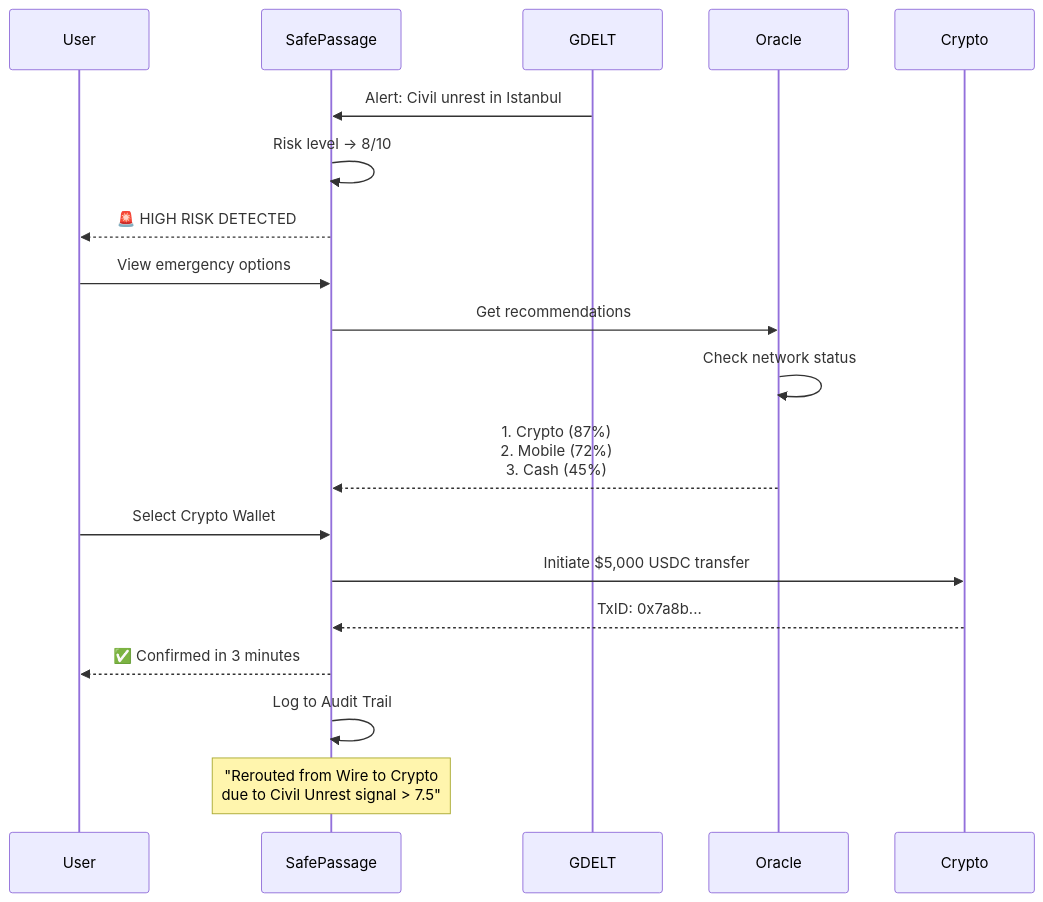
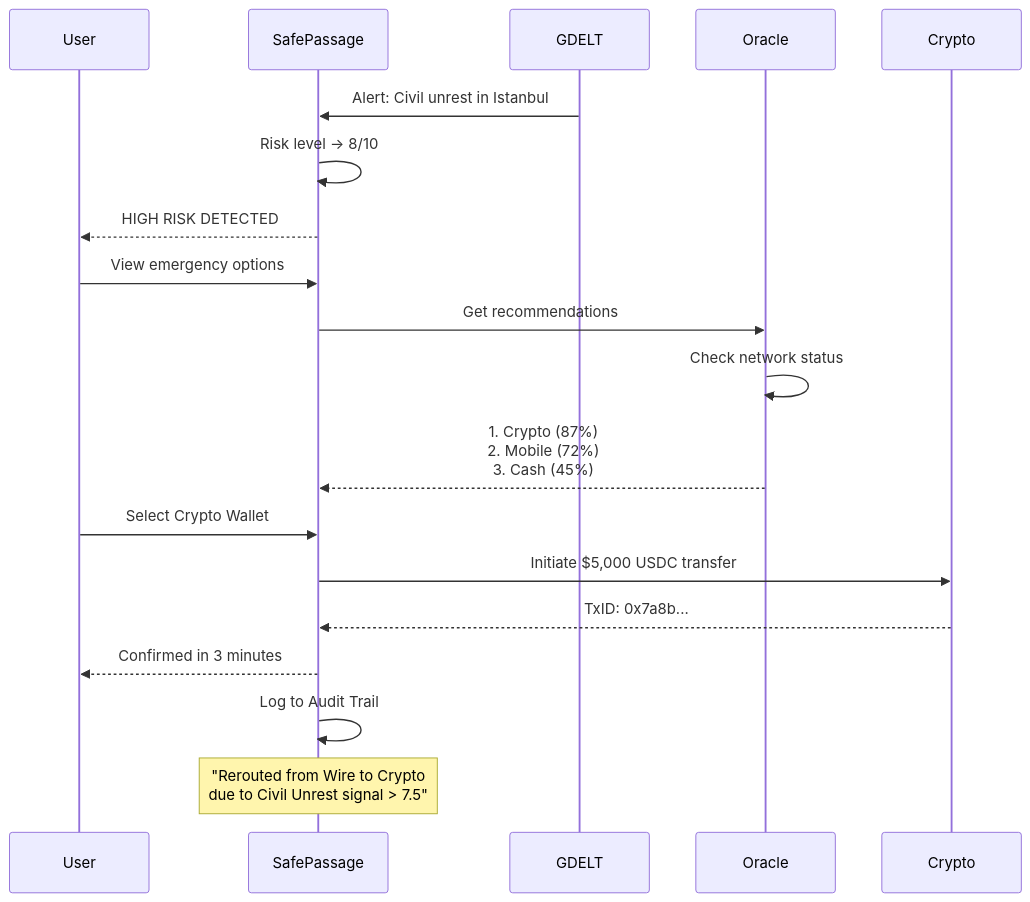
One commit to ankitlade12/SafePassage changed the third of 3 diagrams in README.md. Above: the diagram before and after it, drawn with Mermaid. The commit also changed other lines of this file, not shown here.

````diff
--- a/README.md
+++ b/README.md
@@ -331,25 +331,25 @@
 ```mermaid
 sequenceDiagram
     participant User
     participant SafePassage
     participant GDELT
     participant Oracle
     participant Crypto
     
     GDELT->>SafePassage: Alert: Civil unrest in Istanbul
     SafePassage->>SafePassage: Risk level → 8/10
-    SafePassage-->>User: 🚨 HIGH RISK DETECTED
+    SafePassage-->>User: HIGH RISK DETECTED
     
     User->>SafePassage: View emergency options
     SafePassage->>Oracle: Get recommendations
     Oracle->>Oracle: Check network status
     Oracle-->>SafePassage: 1. Crypto (87%)<br/>2. Mobile (72%)<br/>3. Cash (45%)
     
     User->>SafePassage: Select Crypto Wallet
     SafePassage->>Crypto: Initiate $5,000 USDC transfer
     Crypto-->>SafePassage: TxID: 0x7a8b...
-    SafePassage-->>User: ✅ Confirmed in 3 minutes
+    SafePassage-->>User: Confirmed in 3 minutes
     
     SafePassage->>SafePassage: Log to Audit Trail
     Note over SafePassage: "Rerouted from Wire to Crypto<br/>due to Civil Unrest signal > 7.5"
 ```
````
